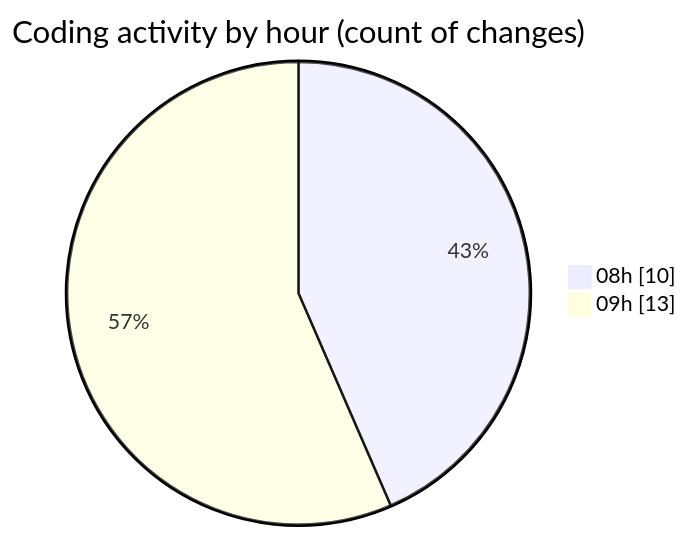
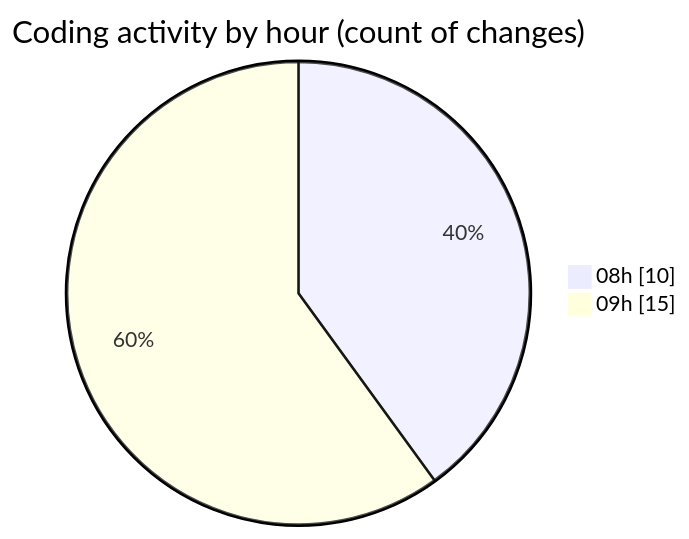
The second of 2 diagrams in 2025-01-07/nueva_carpeta/README.md (LanceThiago/code-tracking), drawn with Mermaid before and after one commit. The commit also changed other lines of this file and 1 other file, not shown here.

````diff
--- a/2025-01-07/nueva_carpeta/README.md
+++ b/2025-01-07/nueva_carpeta/README.md
@@ -28,6 +28,6 @@
 ```mermaid
 pie showData
 title Coding activity by hour (count of changes)
 "08h" : 10
-"09h" : 13
+"09h" : 15
 ```
````
